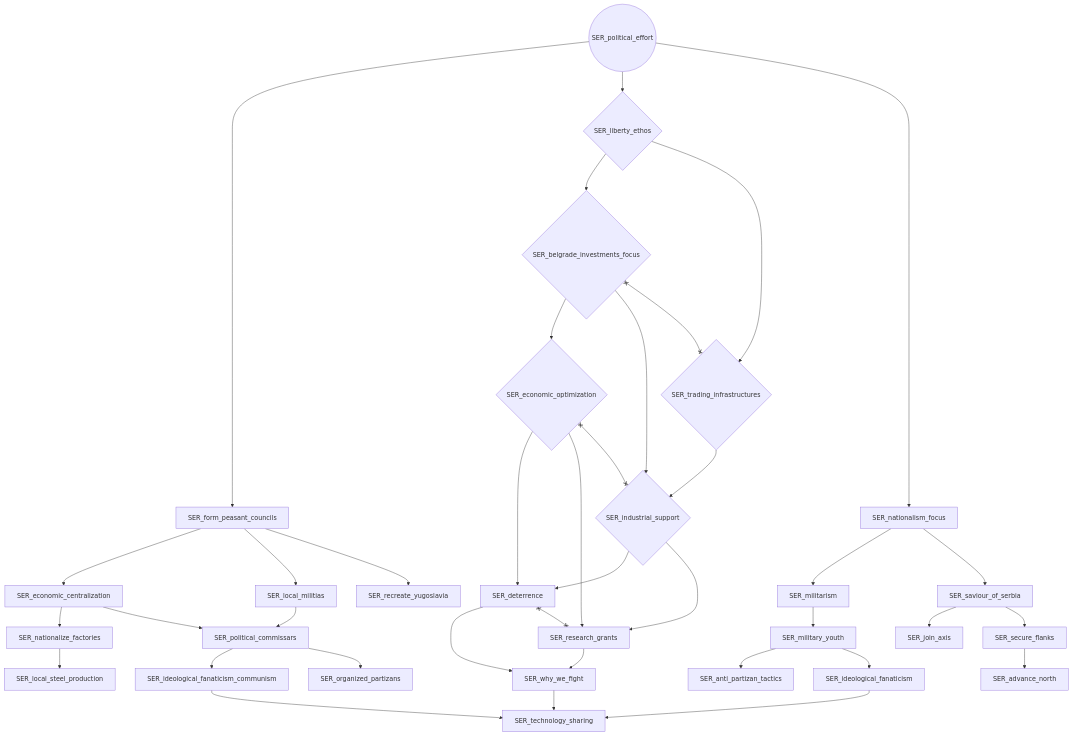
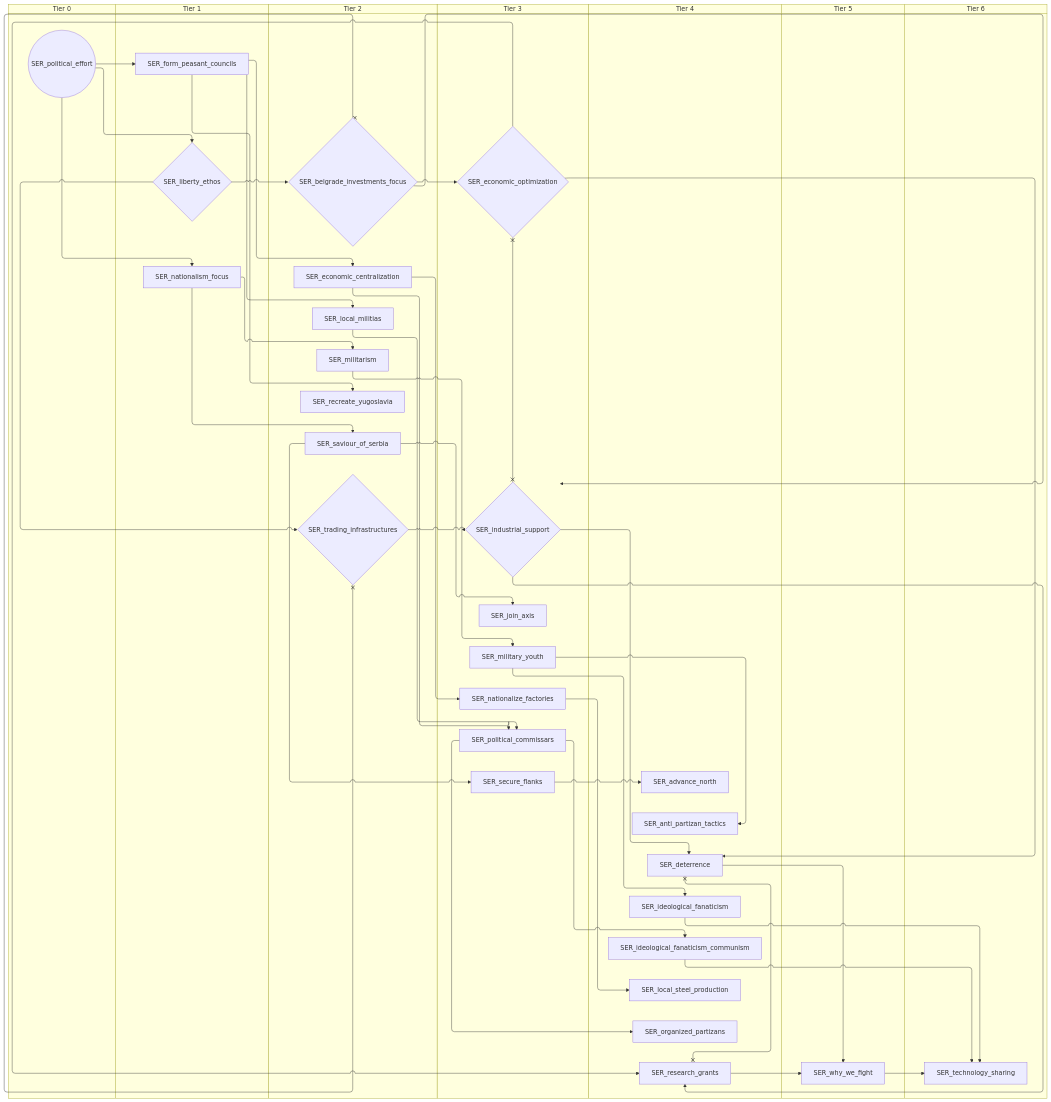
The second of 3 diagrams in docs/gdd/National Focuses/r56/serbia.md (evgeny-sobol/hoi4-sandbox-mode-r56), drawn with Mermaid before and after one commit. The commit also changed other lines of this file and 423 other files, not shown here.

First line of the commit message:
Re-export Rt56 focus trees as swimlane diagrams

````diff
--- a/docs/gdd/National Focuses/r56/serbia.md
+++ b/docs/gdd/National Focuses/r56/serbia.md
@@ -42,68 +56,82 @@
 ```mermaid
-flowchart TD
-    n17["SER_advance_north"]
-    n18["SER_anti_partizan_tactics"]
-    n19{"SER_belgrade_investments_focus"}
-    n20["SER_deterrence"]
-    n21["SER_economic_centralization"]
-    n22{"SER_economic_optimization"}
-    n23["SER_form_peasant_councils"]
-    n24["SER_ideological_fanaticism"]
-    n25["SER_ideological_fanaticism_communism"]
-    n26{"SER_industrial_support"}
-    n27["SER_join_axis"]
-    n28{"SER_liberty_ethos"}
-    n29["SER_local_militias"]
-    n30["SER_local_steel_production"]
-    n31["SER_militarism"]
-    n32["SER_military_youth"]
-    n33["SER_nationalism_focus"]
-    n34["SER_nationalize_factories"]
-    n35["SER_organized_partizans"]
-    n36["SER_political_commissars"]
-    n37(("SER_political_effort"))
-    n38["SER_recreate_yugoslavia"]
-    n39["SER_research_grants"]
-    n40["SER_saviour_of_serbia"]
-    n41["SER_secure_flanks"]
-    n42["SER_technology_sharing"]
-    n43{"SER_trading_infrastructures"}
-    n44["SER_why_we_fight"]
-    n41 --> n17
-    n32 --> n18
-    n28 --> n19
-    n22 --> n20
-    n26 --> n20
-    n23 --> n21
-    n19 --> n22
-    n37 --> n23
-    n32 --> n24
-    n36 --> n25
-    n43 --> n26
-    n19 --> n26
-    n40 --> n27
-    n37 --> n28
-    n23 --> n29
-    n34 --> n30
-    n33 --> n31
-    n31 --> n32
-    n37 --> n33
-    n21 --> n34
-    n36 --> n35
-    n21 --> n36
-    n29 --> n36
-    n23 --> n38
-    n22 --> n39
-    n26 --> n39
-    n33 --> n40
-    n40 --> n41
-    n25 --> n42
-    n24 --> n42
-    n44 --> n42
-    n28 --> n43
-    n20 --> n44
+swimlane-beta TD
+    subgraph tier_0["Tier 0"]
+        n17(("SER_political_effort"))
+    end
+    subgraph tier_1["Tier 1"]
+        n18["SER_form_peasant_councils"]
+        n19{"SER_liberty_ethos"}
+        n20["SER_nationalism_focus"]
+    end
+    subgraph tier_2["Tier 2"]
+        n21{"SER_belgrade_investments_focus"}
+        n22["SER_economic_centralization"]
+        n23["SER_local_militias"]
+        n24["SER_militarism"]
+        n25["SER_recreate_yugoslavia"]
+        n26["SER_saviour_of_serbia"]
+        n27{"SER_trading_infrastructures"}
+    end
+    subgraph tier_3["Tier 3"]
+        n28{"SER_economic_optimization"}
+        n29{"SER_industrial_support"}
+        n30["SER_join_axis"]
+        n31["SER_military_youth"]
+        n32["SER_nationalize_factories"]
+        n33["SER_political_commissars"]
+        n34["SER_secure_flanks"]
+    end
+    subgraph tier_4["Tier 4"]
+        n35["SER_advance_north"]
+        n36["SER_anti_partizan_tactics"]
+        n37["SER_deterrence"]
+        n38["SER_ideological_fanaticism"]
+        n39["SER_ideological_fanaticism_communism"]
+        n40["SER_local_steel_production"]
+        n41["SER_organized_partizans"]
+        n42["SER_research_grants"]
+    end
+    subgraph tier_5["Tier 5"]
+        n43["SER_why_we_fight"]
+    end
+    subgraph tier_6["Tier 6"]
+        n44["SER_technology_sharing"]
+    end
+    n34 --> n35
+    n31 --> n36
+    n19 --> n21
+    n28 --> n37
+    n29 --> n37
+    n18 --> n22
+    n21 --> n28
+    n17 --> n18
+    n31 --> n38
+    n33 --> n39
+    n27 --> n29
+    n21 --> n29
+    n26 --> n30
+    n17 --> n19
+    n18 --> n23
+    n32 --> n40
+    n20 --> n24
+    n24 --> n31
+    n17 --> n20
+    n22 --> n32
+    n33 --> n41
+    n22 --> n33
+    n23 --> n33
+    n18 --> n25
+    n28 --> n42
+    n29 --> n42
+    n20 --> n26
+    n26 --> n34
     n39 --> n44
-    n19 x--x n43
-    n20 x--x n39
-    n22 x--x n26
+    n38 --> n44
+    n43 --> n44
+    n19 --> n27
+    n37 --> n43
+    n42 --> n43
+    n21 x--x n27
+    n37 x--x n42
+    n28 x--x n29
 ```
````
